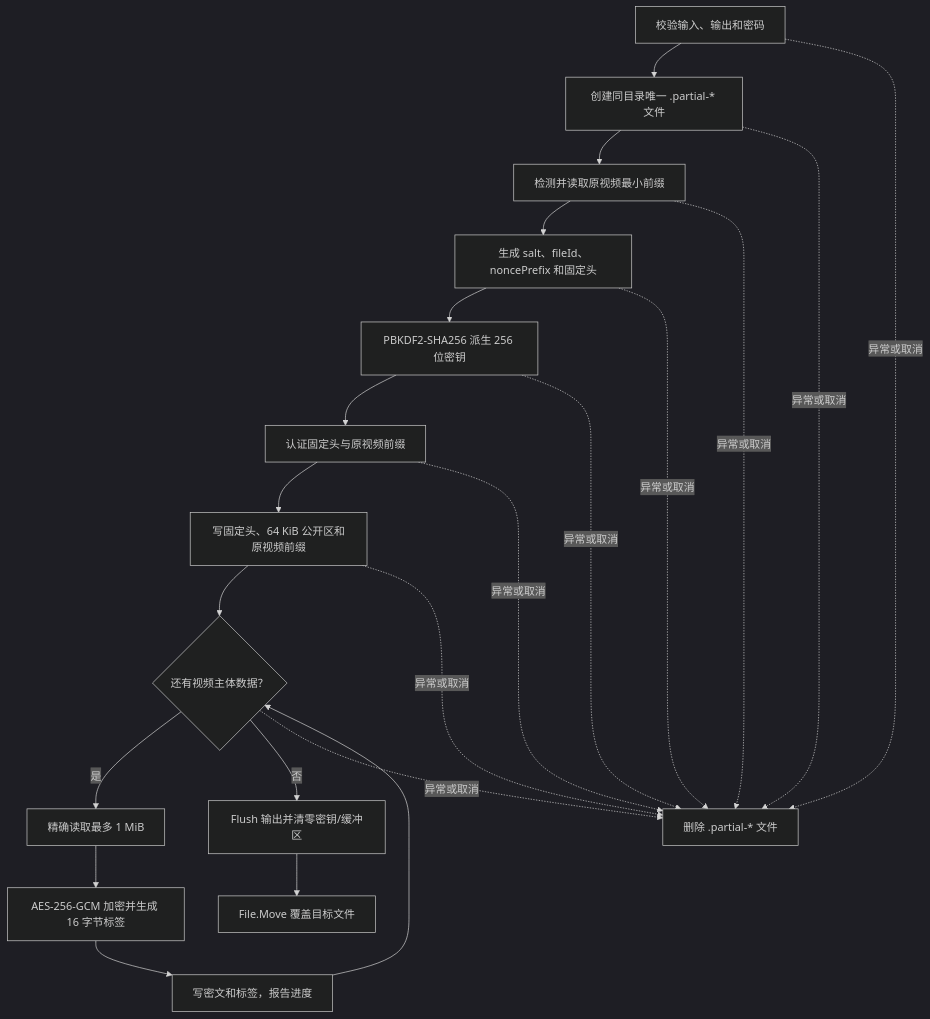
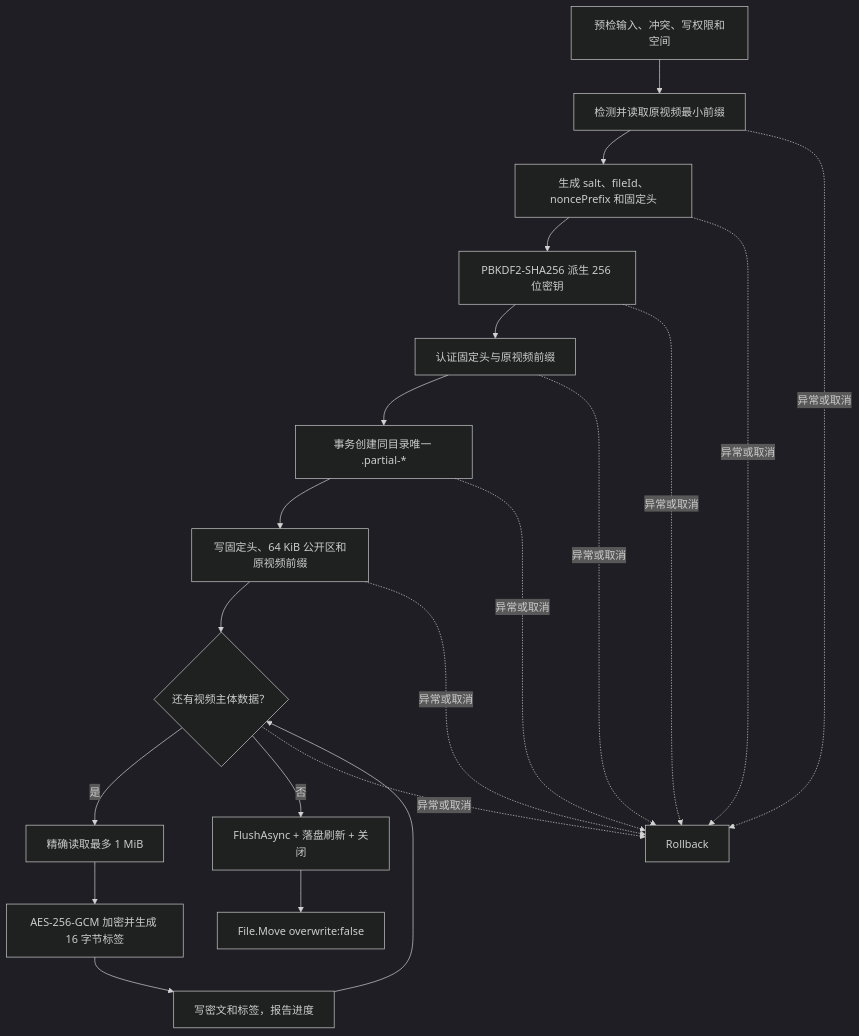
Before and after one commit to crownclowngx/avalonia_dock_simple_test: the second of 6 diagrams in Plugins/MySmallTools/MySmallTools/docs/secret-video-player/architecture-design.md, drawn with Mermaid (dark theme). The commit also changed other lines of this file and 28 other files, not shown here.

````diff
--- a/Plugins/MySmallTools/MySmallTools/docs/secret-video-player/architecture-design.md
+++ b/Plugins/MySmallTools/MySmallTools/docs/secret-video-player/architecture-design.md
@@ -97,24 +103,23 @@
 ```mermaid
 flowchart TD
-    Start["校验输入、输出和密码"] --> Temp["创建同目录唯一 .partial-* 文件"]
-    Temp --> Prefix["检测并读取原视频最小前缀"]
+    Start["预检输入、冲突、写权限和空间"] --> Prefix["检测并读取原视频最小前缀"]
     Prefix --> Header["生成 salt、fileId、noncePrefix 和固定头"]
     Header --> Kdf["PBKDF2-SHA256 派生 256 位密钥"]
     Kdf --> HeaderAuth["认证固定头与原视频前缀"]
-    HeaderAuth --> Public["写固定头、64 KiB 公开区和原视频前缀"]
+    HeaderAuth --> Temp["事务创建同目录唯一 .partial-*"]
+    Temp --> Public["写固定头、64 KiB 公开区和原视频前缀"]
     Public --> Loop{"还有视频主体数据？"}
     Loop -->|是| Read["精确读取最多 1 MiB"]
     Read --> Gcm["AES-256-GCM 加密并生成 16 字节标签"]
     Gcm --> Write["写密文和标签，报告进度"]
     Write --> Loop
-    Loop -->|否| Flush["Flush 输出并清零密钥/缓冲区"]
-    Flush --> Commit["File.Move 覆盖目标文件"]
-    Start -.->|异常或取消| Rollback["删除 .partial-* 文件"]
+    Loop -->|否| Flush["FlushAsync + 落盘刷新 + 关闭"]
+    Flush --> Commit["File.Move overwrite:false"]
     Temp -.->|异常或取消| Rollback
     Prefix -.->|异常或取消| Rollback
     Header -.->|异常或取消| Rollback
     Kdf -.->|异常或取消| Rollback
     HeaderAuth -.->|异常或取消| Rollback
     Public -.->|异常或取消| Rollback
     Loop -.->|异常或取消| Rollback
 ```
````
